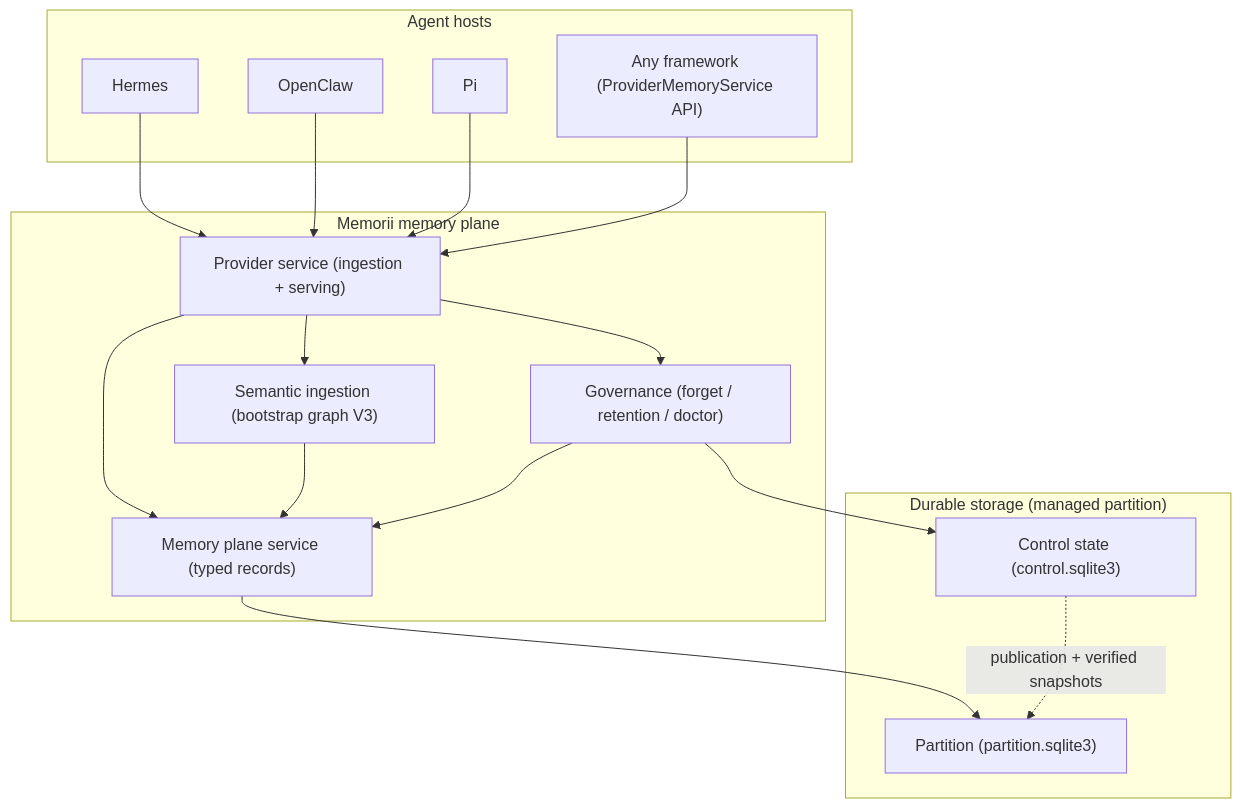
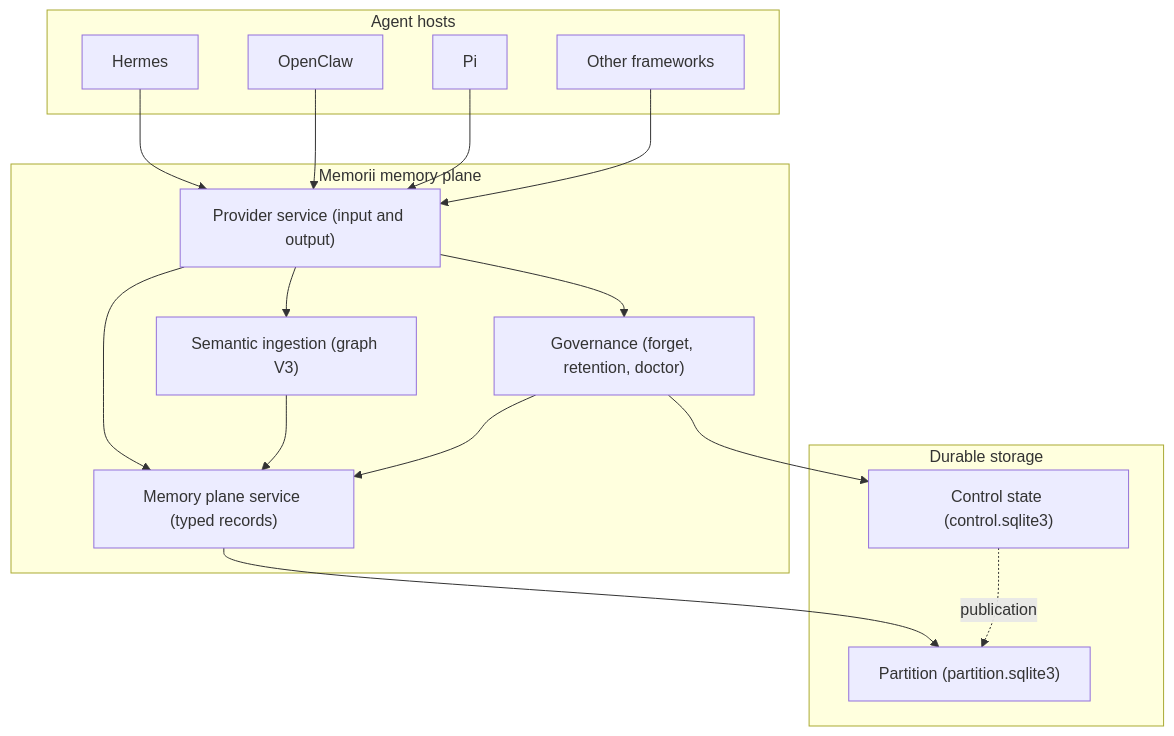
The first of 7 diagrams in docs/architecture.md (nrag/Memorii), drawn with Mermaid before and after one commit. The commit also changed other lines of this file and 1 other file, not shown here.

First line of the commit message:
docs: rewrite the README and architecture guide in Simplified Technical English (ASD-STE100)

````diff
--- a/docs/architecture.md
+++ b/docs/architecture.md
@@ -18,34 +19,34 @@
 ```mermaid
 flowchart TB
     subgraph HOSTS["Agent hosts"]
         H1["Hermes"]
         H2["OpenClaw"]
         H3["Pi"]
-        H4["Any framework (ProviderMemoryService API)"]
+        H4["Other frameworks"]
     end
 
     subgraph PLANE["Memorii memory plane"]
-        PS["Provider service (ingestion + serving)"]
-        SI["Semantic ingestion (bootstrap graph V3)"]
+        PS["Provider service (input and output)"]
+        SI["Semantic ingestion (graph V3)"]
         MP["Memory plane service (typed records)"]
-        GOV["Governance (forget / retention / doctor)"]
+        GOV["Governance (forget, retention, doctor)"]
     end
 
-    subgraph STORE["Durable storage (managed partition)"]
+    subgraph STORE["Durable storage"]
         CTRL["Control state (control.sqlite3)"]
         PART["Partition (partition.sqlite3)"]
     end
 
     H1 --> PS
     H2 --> PS
     H3 --> PS
     H4 --> PS
     PS --> SI
     PS --> MP
     PS --> GOV
     SI --> MP
     MP --> PART
     GOV --> CTRL
     GOV --> MP
-    CTRL -. "publication + verified snapshots" .-> PART
+    CTRL -. "publication" .-> PART
 ```
````
